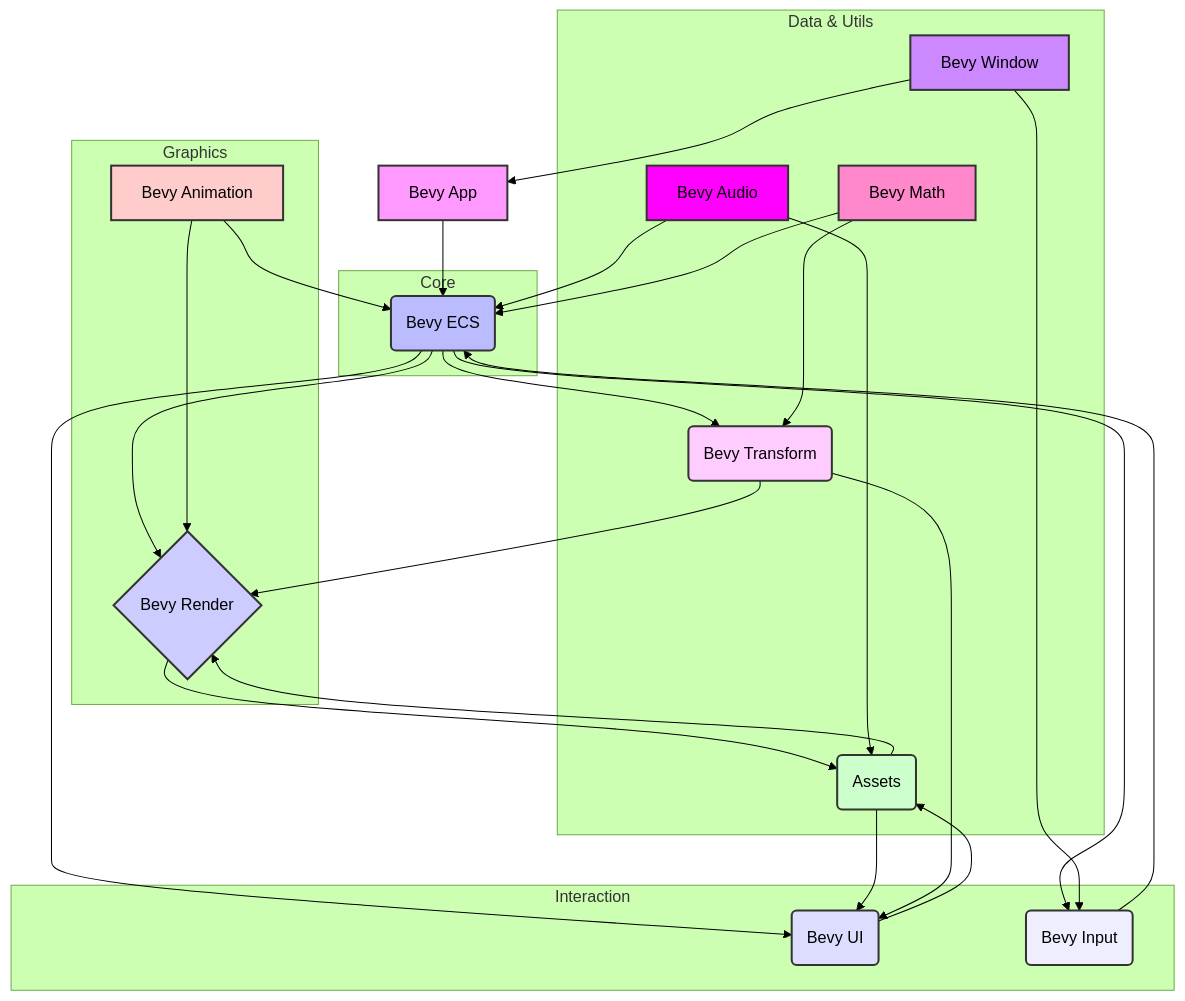
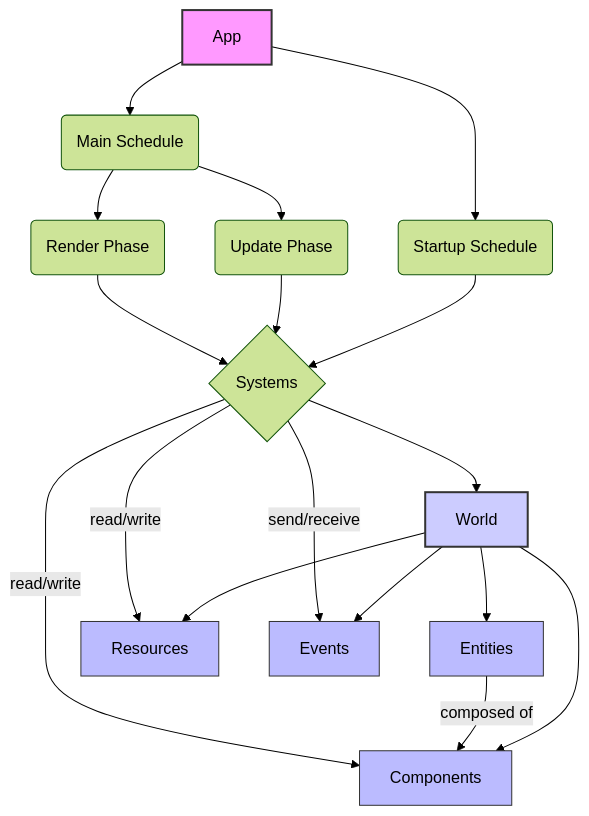
Before and after one commit to grewal16/bevy: the diagram in README.md, drawn with Mermaid (forest theme). The commit also changed other lines of this file, not shown here.

````diff
--- a/README.md
+++ b/README.md
@@ -44,57 +41,29 @@
 ```mermaid
 graph TD
-    A[Bevy App] --> B(Bevy ECS)
-    B --> C{Bevy Render}
-    B --> D(Bevy UI)
-    B --> E(Bevy Input)
-    C --> F(Assets)
-    D --> F
-    E --> B
-    F --> C
-    F --> D
-    B --> G(Bevy Transform)
-    G --> C
-    G --> D
-    H[Bevy Animation] --> B
-    H --> C
-    I[Bevy Audio] --> F
-    I --> B
-    J[Bevy Math] --> B
-    J --> G
-    K[Bevy Window] --> A
-    K --> E
+    A[App] --> B(Startup Schedule);
+    A --> C(Main Schedule);
+    C --> D(Update Phase);
+    C --> E(Render Phase);
 
-    subgraph Core
-        B
-    end
+    B --> F{Systems};
+    D --> F;
+    E --> F;
 
-    subgraph Graphics
-        C
-        H
-    end
+    F --> G[World];
+    G --> H[Entities];
+    G --> I[Components];
+    G --> J[Resources];
+    G --> K[Events];
 
-    subgraph Interaction
-        D
-        E
-    end
+    H -- "composed of" --> I;
+    F -- "read/write" --> I;
+    F -- "read/write" --> J;
+    F -- "send/receive" --> K;
 
-    subgraph Data & Utils
-        F
-        G
-        I
-        J
-        K
-    end
-
-    style A fill:#f9f,stroke:#333,stroke-width:2px
-    style B fill:#bbf,stroke:#333,stroke-width:2px
-    style C fill:#ccf,stroke:#333,stroke-width:2px
-    style D fill:#ddf,stroke:#333,stroke-width:2px
-    style E fill:#eef,stroke:#333,stroke-width:2px
-    style F fill:#cfc,stroke:#333,stroke-width:2px
-    style G fill:#fcf,stroke:#333,stroke-width:2px
-    style H fill:#fcc,stroke:#333,stroke-width:2px
-    style I fill:#f0f,stroke:#333,stroke-width:2px
-    style J fill:#f8c,stroke:#333,stroke-width:2px
-    style K fill:#c8f,stroke:#333,stroke-width:2px
+    style A fill:#f9f,stroke:#333,stroke-width:2px;
+    style G fill:#ccf,stroke:#333,stroke-width:2px;
+    style H fill:#bbf,stroke:#333,stroke-width:1px;
+    style I fill:#bbf,stroke:#333,stroke-width:1px;
+    style J fill:#bbf,stroke:#333,stroke-width:1px;
+    style K fill:#bbf,stroke:#333,stroke-width:1px;
 ```
````
